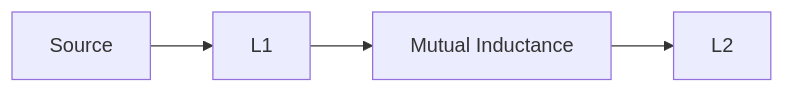
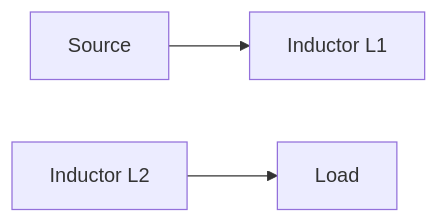
The diagram in frontend/public/assets/gate/ee/network-theory/magnetic-coupled-circuit.md (imxade/dontCompete), drawn with Mermaid before and after one commit. The commit also changed other lines of this file and 4395 other files, not shown here.

````diff
--- a/frontend/public/assets/gate/ee/network-theory/magnetic-coupled-circuit.md
+++ b/frontend/public/assets/gate/ee/network-theory/magnetic-coupled-circuit.md
@@ -37,6 +72,5 @@
 ```mermaid
 graph LR
-A[Source] --> B[L1]
-B --> C[Mutual Inductance]
-C --> D[L2]
+    A[Source] --> B[Inductor L1]
+    C[Inductor L2] --> D[Load]
 ```
````
